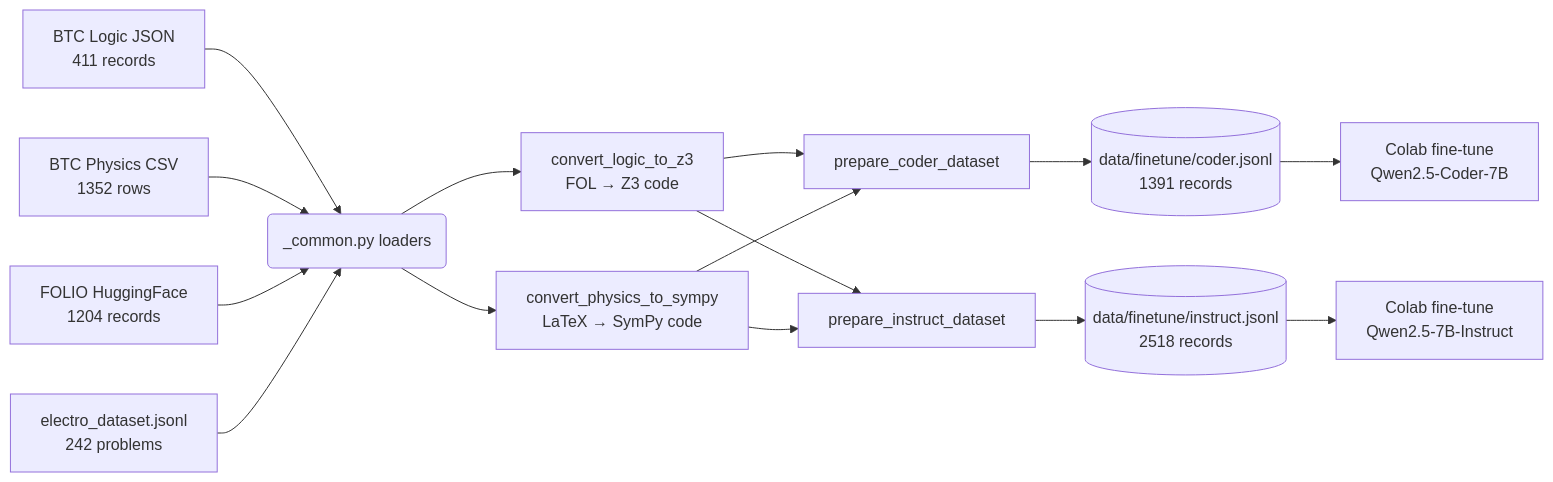
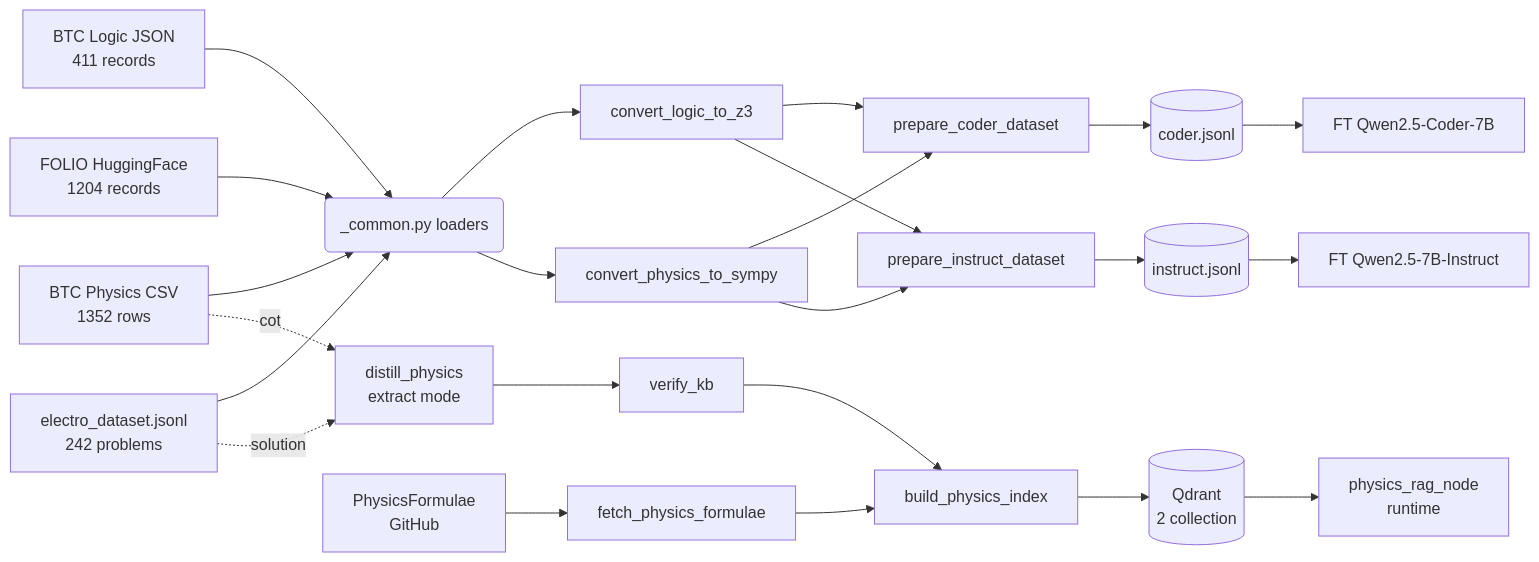
Before and after one commit to nleins5/EXACT-2026---HCMUT-: the diagram in scripts/README.md, drawn with Mermaid. The commit also changed other lines of this file and 21 other files, not shown here.

First line of the commit message:
chore: untrack agent metadata; switch distillation to extract mode

````diff
--- a/scripts/README.md
+++ b/scripts/README.md
@@ -195,21 +186,30 @@
 ```mermaid
 flowchart LR
     A[BTC Logic JSON<br/>411 records] --> C(_common.py loaders)
     B[BTC Physics CSV<br/>1352 rows] --> C
     D[FOLIO HuggingFace<br/>1204 records] --> C
     E[electro_dataset.jsonl<br/>242 problems] --> C
 
-    C --> F[convert_logic_to_z3<br/>FOL → Z3 code]
-    C --> G[convert_physics_to_sympy<br/>LaTeX → SymPy code]
+    C --> F[convert_logic_to_z3]
+    C --> G[convert_physics_to_sympy]
 
     F --> H[prepare_coder_dataset]
     G --> H
     F --> I[prepare_instruct_dataset]
     G --> I
 
-    H --> J[(data/finetune/coder.jsonl<br/>1391 records)]
-    I --> K[(data/finetune/instruct.jsonl<br/>2518 records)]
+    H --> J[(coder.jsonl)]
+    I --> K[(instruct.jsonl)]
 
-    J --> L[Colab fine-tune<br/>Qwen2.5-Coder-7B]
-    K --> M[Colab fine-tune<br/>Qwen2.5-7B-Instruct]
+    B -.->|cot| N[distill_physics<br/>extract mode]
+    E -.->|solution| N
+    O[PhysicsFormulae<br/>GitHub] --> P[fetch_physics_formulae]
+    N --> Q[verify_kb]
+    P --> R[build_physics_index]
+    Q --> R
+    R --> S[(Qdrant<br/>2 collection)]
+
+    J --> L[FT Qwen2.5-Coder-7B]
+    K --> M[FT Qwen2.5-7B-Instruct]
+    S --> T[physics_rag_node<br/>runtime]
 ```
````
